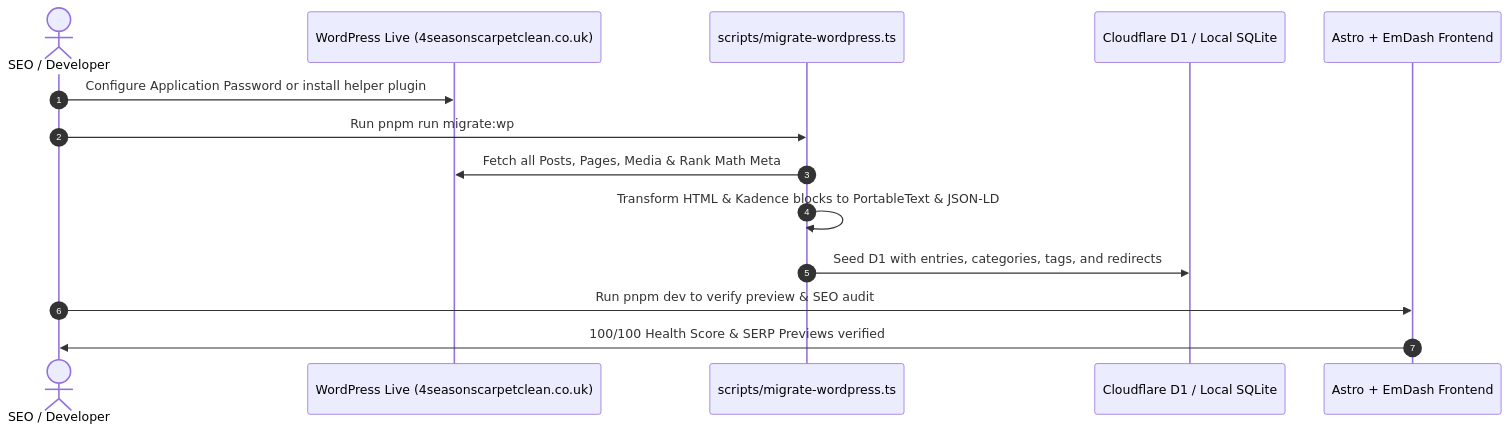
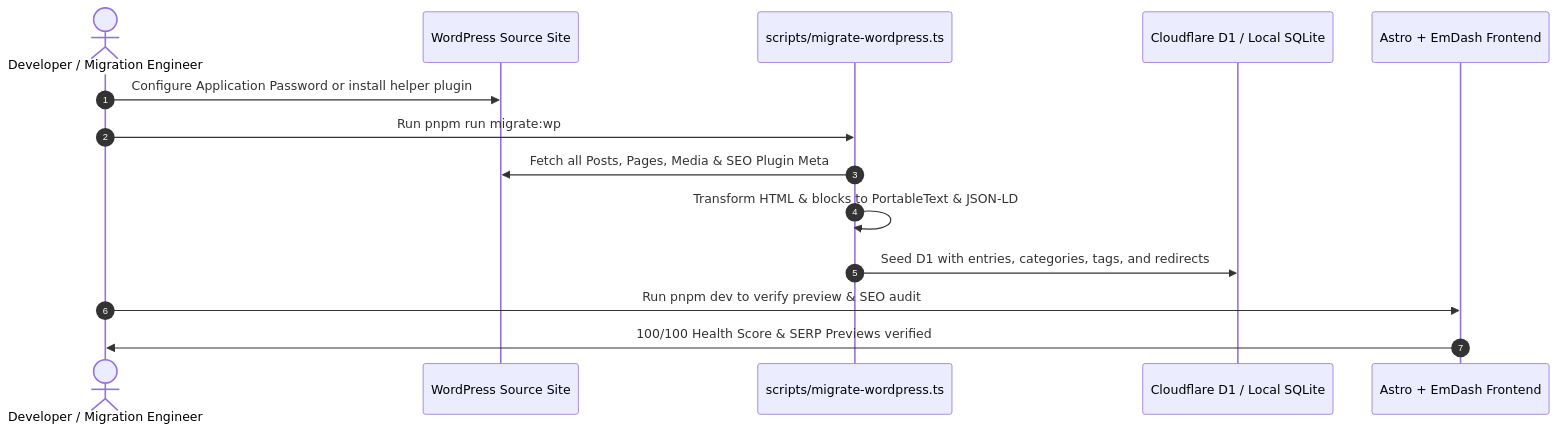
The diagram in docs/MIGRATION_PLAN.md (alibakhtiari/emdash-seo), drawn with Mermaid before and after one commit. The commit also changed other lines of this file and 10 other files, not shown here.

Commit message:
docs: generalize SEO Suite specs and remove site-specific references

````diff
--- a/docs/MIGRATION_PLAN.md
+++ b/docs/MIGRATION_PLAN.md
@@ -137,17 +120,17 @@
 ```mermaid
 sequenceDiagram
     autonumber
-    actor Admin as SEO / Developer
-    participant WP as WordPress Live (4seasonscarpetclean.co.uk)
+    actor Admin as Developer / Migration Engineer
+    participant WP as WordPress Source Site
     participant Script as scripts/migrate-wordpress.ts
     participant D1 as Cloudflare D1 / Local SQLite
     participant Astro as Astro + EmDash Frontend
 
     Admin->>WP: Configure Application Password or install helper plugin
     Admin->>Script: Run pnpm run migrate:wp
-    Script->>WP: Fetch all Posts, Pages, Media & Rank Math Meta
-    Script->>Script: Transform HTML & Kadence blocks to PortableText & JSON-LD
+    Script->>WP: Fetch all Posts, Pages, Media & SEO Plugin Meta
+    Script->>Script: Transform HTML & blocks to PortableText & JSON-LD
     Script->>D1: Seed D1 with entries, categories, tags, and redirects
     Admin->>Astro: Run pnpm dev to verify preview & SEO audit
     Astro->>Admin: 100/100 Health Score & SERP Previews verified
 ```
````
